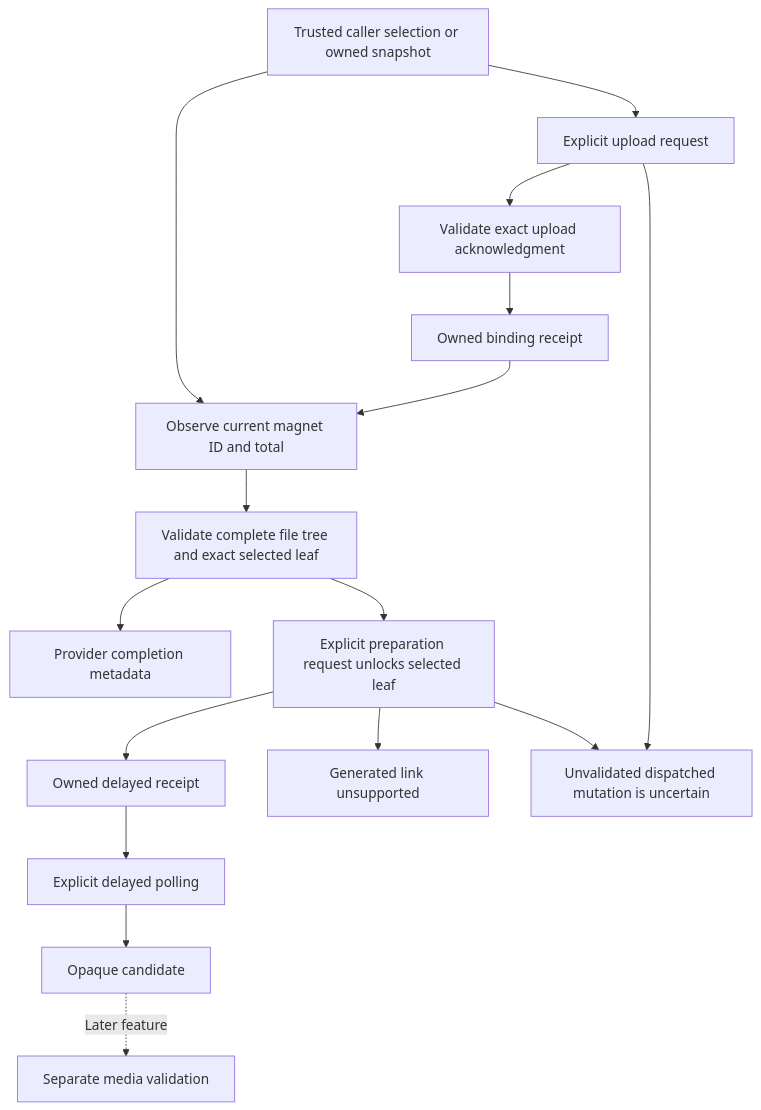
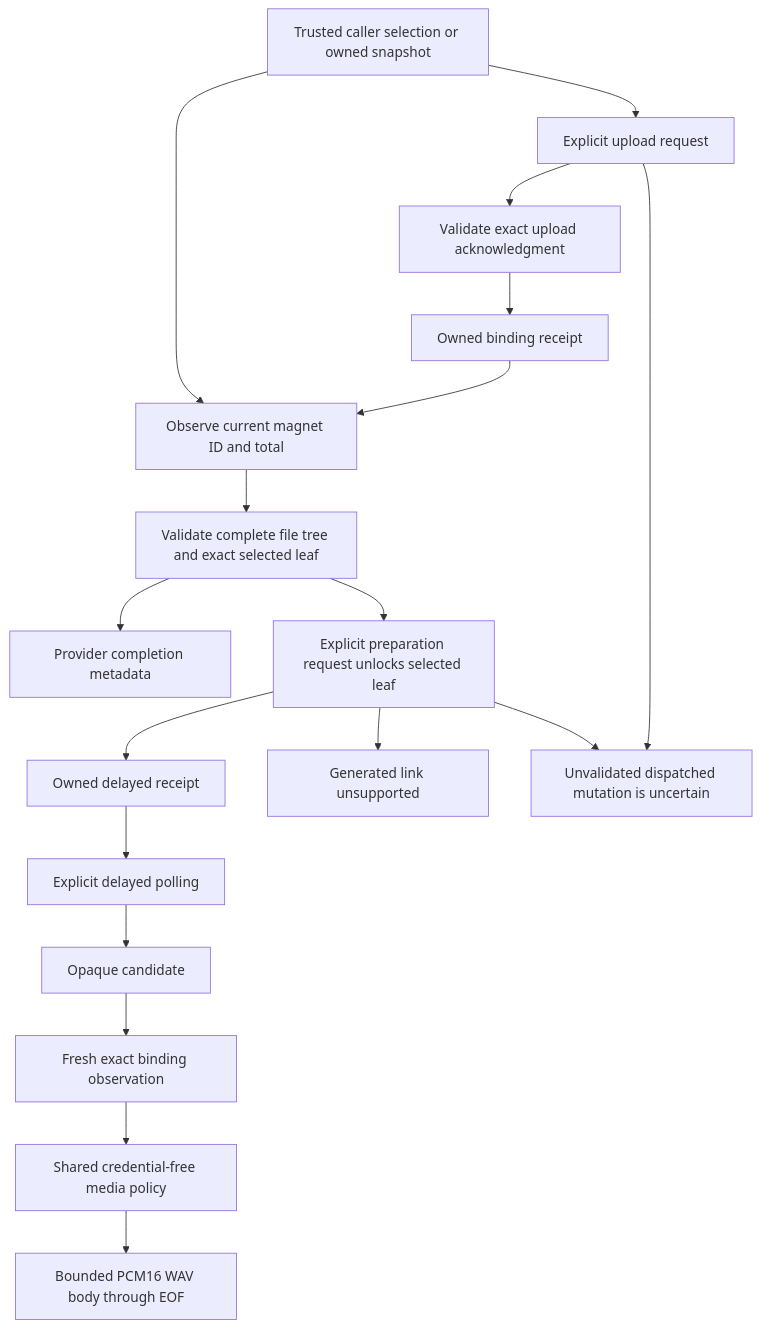
Before and after one commit to acidiney/hitoapp: the diagram in crates/hito-debrid-all-debrid/README.md, drawn with Mermaid. The commit also changed other lines of this file, not shown here.

Commit message:
Record AllDebrid media and cancellation qualification

````diff
--- a/crates/hito-debrid-all-debrid/README.md
+++ b/crates/hito-debrid-all-debrid/README.md
@@ -19,18 +21,20 @@
 ```mermaid
 flowchart TD
     Caller[Trusted caller selection or owned snapshot] --> Observe[Observe current magnet ID and total]
     Caller --> Upload[Explicit upload request]
     Upload --> ACK[Validate exact upload acknowledgment]
     ACK --> Receipt[Owned binding receipt]
     Receipt --> Observe
     Observe --> Tree[Validate complete file tree and exact selected leaf]
     Tree --> Complete[Provider completion metadata]
     Tree --> Unlock[Explicit preparation request unlocks selected leaf]
     Unlock --> Delayed[Owned delayed receipt]
     Unlock --> Unsupported[Generated link unsupported]
     Upload --> Unknown[Unvalidated dispatched mutation is uncertain]
     Unlock --> Unknown
     Delayed --> Poll[Explicit delayed polling]
     Poll --> Candidate[Opaque candidate]
-    Candidate -. Later feature .-> Media[Separate media validation]
+    Candidate --> Reobserve[Fresh exact binding observation]
+    Reobserve --> Media[Shared credential-free media policy]
+    Media --> WAV[Bounded PCM16 WAV body through EOF]
 ```
````
